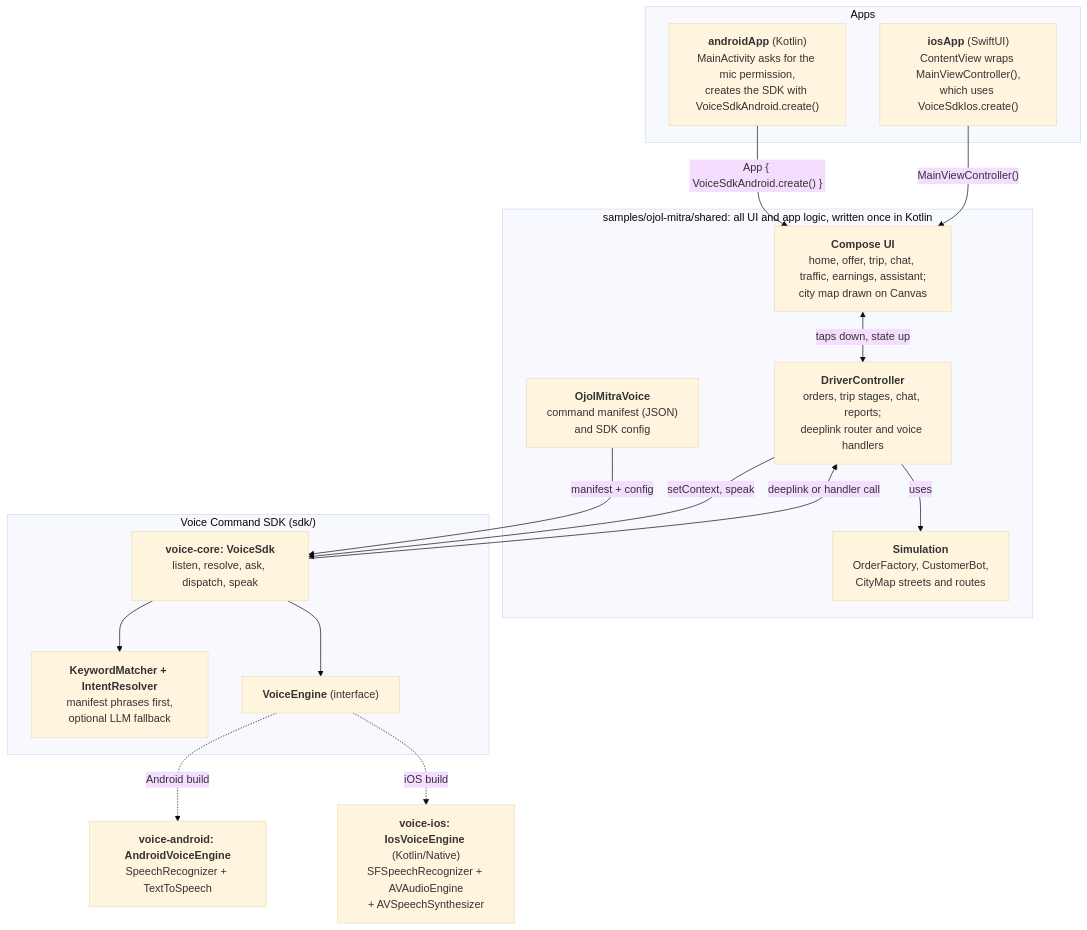
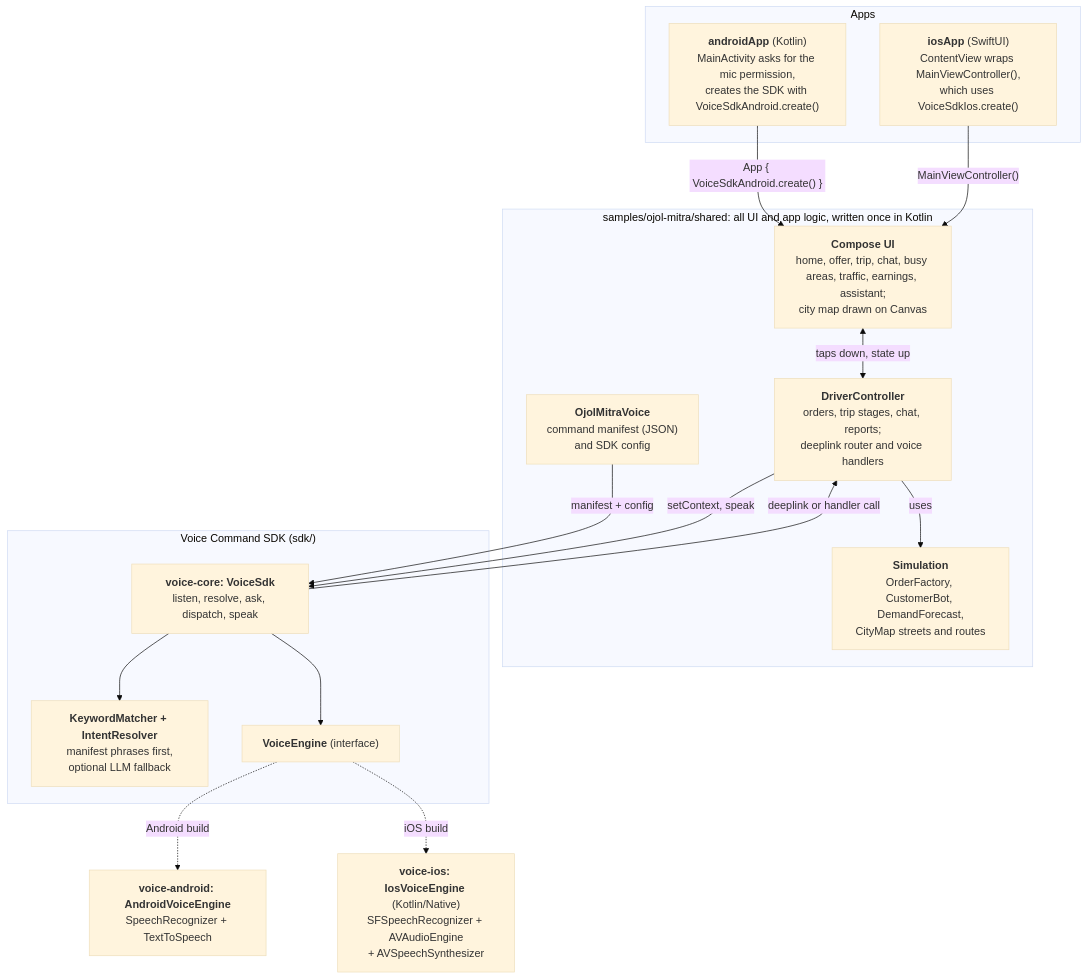
The first of 3 diagrams in README.md (singgihsaputro/asbun-sdk), drawn with Mermaid (base theme) before and after one commit. The commit also changed other lines of this file and 19 other files, not shown here.

````diff
--- a/README.md
+++ b/README.md
@@ -37,31 +38,31 @@
 ```mermaid
 flowchart TB
     subgraph apps["Apps"]
         A1["<b>androidApp</b> (Kotlin)<br/>MainActivity asks for the mic permission,<br/>creates the SDK with VoiceSdkAndroid.create()"]
         A2["<b>iosApp</b> (SwiftUI)<br/>ContentView wraps MainViewController(),<br/>which uses VoiceSdkIos.create()"]
     end
     subgraph shared["samples/ojol-mitra/shared: all UI and app logic, written once in Kotlin"]
-        UI["<b>Compose UI</b><br/>home, offer, trip, chat, traffic, earnings, assistant;<br/>city map drawn on Canvas"]
+        UI["<b>Compose UI</b><br/>home, offer, trip, chat, busy areas, traffic, earnings, assistant;<br/>city map drawn on Canvas"]
         DC["<b>DriverController</b><br/>orders, trip stages, chat, reports;<br/>deeplink router and voice handlers"]
         MF["<b>OjolMitraVoice</b><br/>command manifest (JSON)<br/>and SDK config"]
-        SIM["<b>Simulation</b><br/>OrderFactory, CustomerBot,<br/>CityMap streets and routes"]
+        SIM["<b>Simulation</b><br/>OrderFactory, CustomerBot, DemandForecast,<br/>CityMap streets and routes"]
     end
     subgraph sdk["Voice Command SDK (sdk/)"]
         VS["<b>voice-core: VoiceSdk</b><br/>listen, resolve, ask, dispatch, speak"]
         RS["<b>KeywordMatcher + IntentResolver</b><br/>manifest phrases first,<br/>optional LLM fallback"]
         VE["<b>VoiceEngine</b> (interface)"]
     end
     AE["<b>voice-android: AndroidVoiceEngine</b><br/>SpeechRecognizer + TextToSpeech"]
     IE["<b>voice-ios: IosVoiceEngine</b> (Kotlin/Native)<br/>SFSpeechRecognizer + AVAudioEngine<br/>+ AVSpeechSynthesizer"]
     A1 -->|"App { VoiceSdkAndroid.create() }"| UI
     A2 -->|"MainViewController()"| UI
     UI <-->|"taps down, state up"| DC
     DC -->|uses| SIM
     MF -->|"manifest + config"| VS
     DC -->|"setContext, speak"| VS
     VS -->|"deeplink or handler call"| DC
     VS --> RS
     VS --> VE
     VE -.->|Android build| AE
     VE -.->|iOS build| IE
 ```
````
